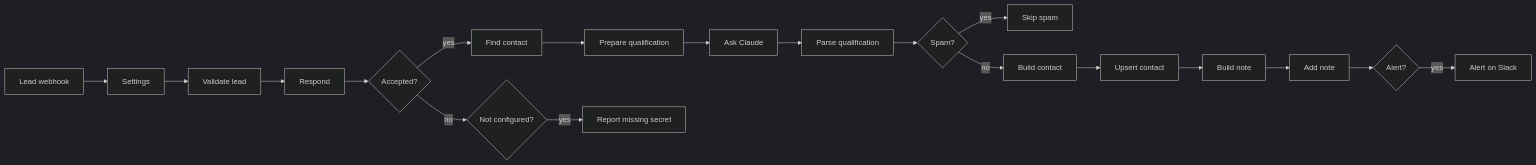
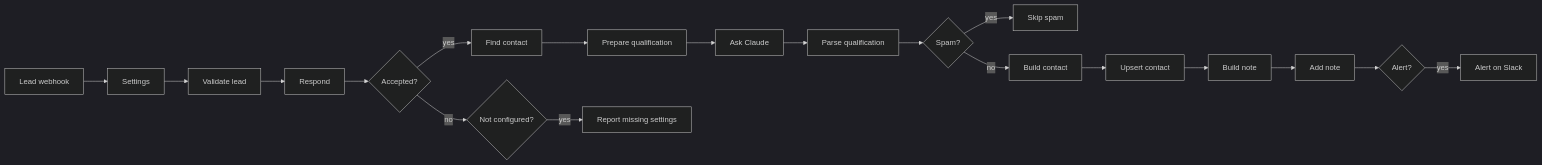
One commit to mick-gsk/n8n-ai-email-triage changed the diagram in workflows/lead-intake/README.md. Above: the diagram before and after it, drawn with Mermaid (dark theme). The commit also changed other lines of this file and 7 other files, not shown here.

````diff
--- a/workflows/lead-intake/README.md
+++ b/workflows/lead-intake/README.md
@@ -9,8 +9,8 @@
 ```mermaid
 flowchart LR
     W[Lead webhook] --> S[Settings] --> V[Validate lead] --> R[Respond] --> A{Accepted?}
     A -- yes --> F[Find contact] --> P[Prepare qualification] --> C[Ask Claude] --> Q[Parse qualification]
-    A -- no --> M{Not configured?} -- yes --> E[Report missing secret]
+    A -- no --> M{Not configured?} -- yes --> E[Report missing settings]
     Q --> X{Spam?} -- yes --> K[Skip spam]
     X -- no --> B[Build contact] --> U[Upsert contact] --> N[Build note] --> AN[Add note] --> L{Alert?} -- yes --> SL[Alert on Slack]
 ```
````
